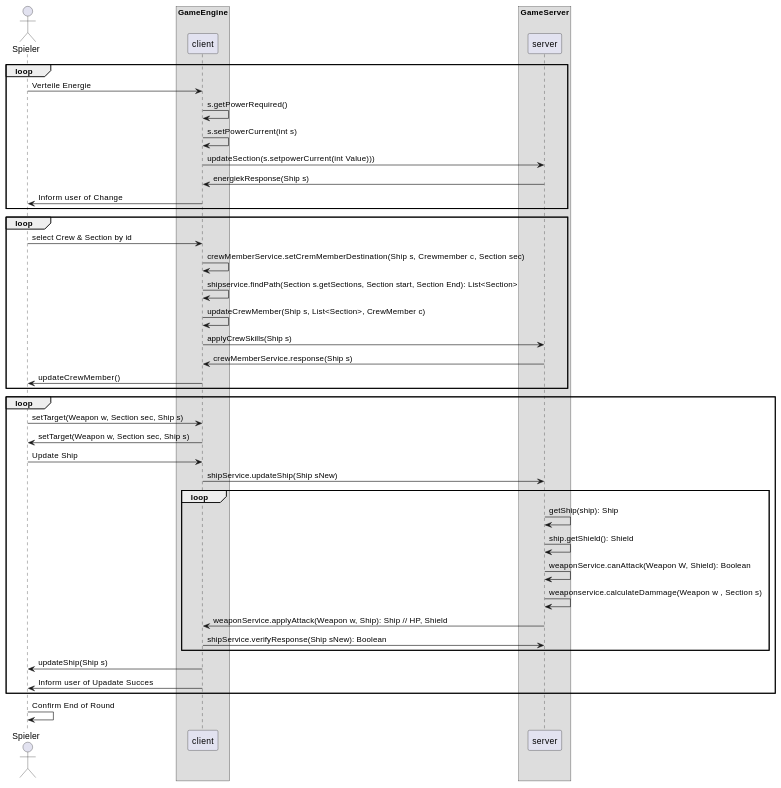
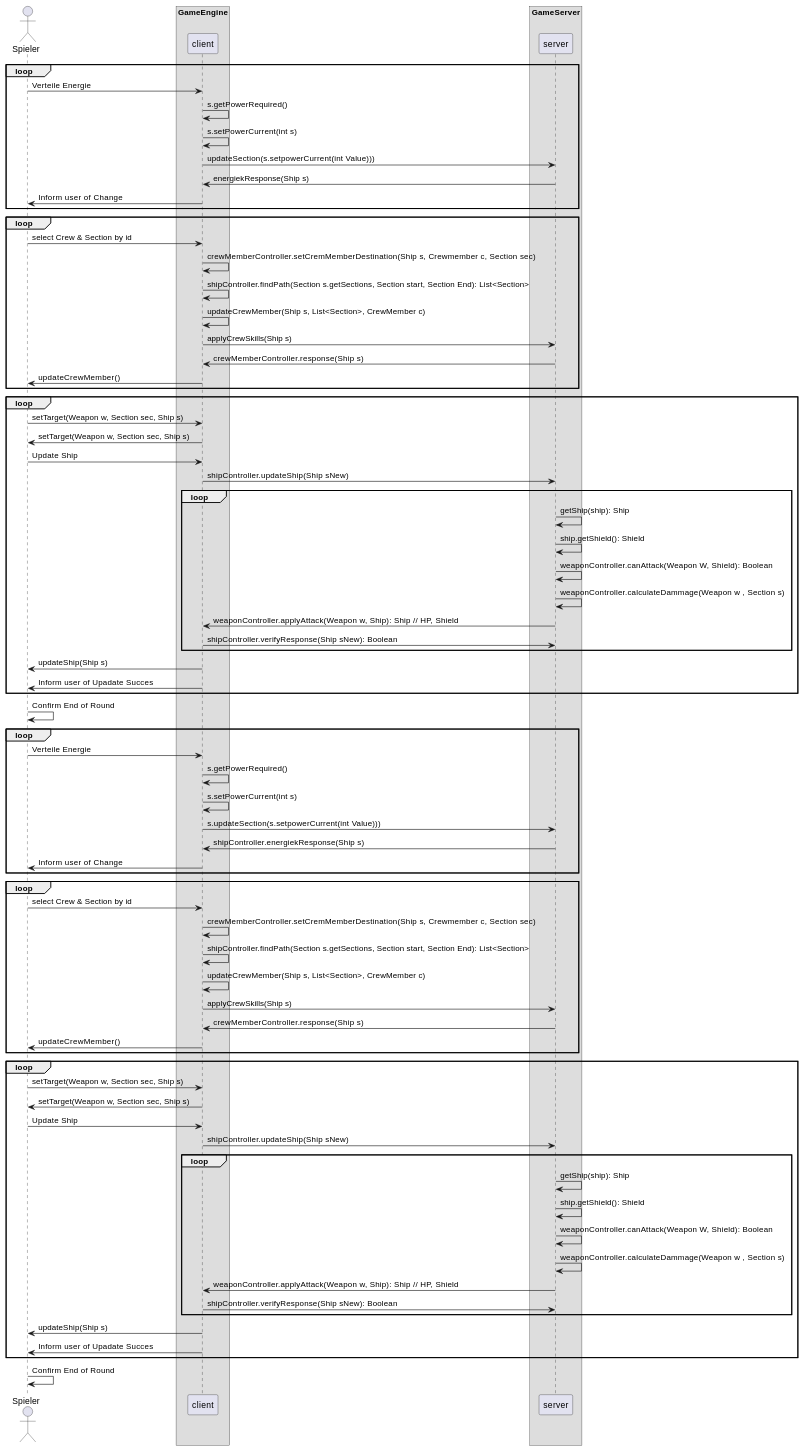
The first of 2 diagrams in docs/seq.org (ksreyr/SpaceStudio), drawn with PlantUML before and after one commit. The commit also changed 148 other files, not shown here.

```diff
--- a/docs/seq.org
+++ b/docs/seq.org
@@ -27,11 +27,11 @@
 
 loop
      user -> client: select Crew & Section by id
-     client -> client: crewMemberService.setCremMemberDestination(Ship s, Crewmember c, Section sec)
-     client -> client: shipservice.findPath(Section s.getSections, Section start, Section End): List<Section>
+     client -> client: crewMemberController.setCremMemberDestination(Ship s, Crewmember c, Section sec)
+     client -> client: shipController.findPath(Section s.getSections, Section start, Section End): List<Section>
      client -> client: updateCrewMember(Ship s, List<Section>, CrewMember c)
      client -> server: applyCrewSkills(Ship s)
-     server -> client: crewMemberService.response(Ship s)
+     server -> client: crewMemberController.response(Ship s)
      client -> user: updateCrewMember()
 end loop
 
@@ -40,14 +40,66 @@
     client -> user: setTarget(Weapon w, Section sec, Ship s)
 
 user -> client: Update Ship
-client -> server: shipService.updateShip(Ship sNew)
+client -> server: shipController.updateShip(Ship sNew)
     loop
          server -> server: getShip(ship): Ship
          server -> server: ship.getShield(): Shield
-         server -> server: weaponService.canAttack(Weapon W, Shield): Boolean
-         server -> server: weaponservice.calculateDammage(Weapon w , Section s)
-         server -> client: weaponService.applyAttack(Weapon w, Ship): Ship // HP, Shield
-         client -> server: shipService.verifyResponse(Ship sNew): Boolean
+         server -> server: weaponController.canAttack(Weapon W, Shield): Boolean
+         server -> server: weaponController.calculateDammage(Weapon w , Section s)
+         server -> client: weaponController.applyAttack(Weapon w, Ship): Ship // HP, Shield
+         client -> server: shipController.verifyResponse(Ship sNew): Boolean
+    end loop
+    client -> user: updateShip(Ship s)
+client -> user: Inform user of Upadate Succes
+end loop
+
+user -> user: Confirm End of Round
+actor Spieler as user
+participant client
+participant server
+
+box "GameEngine"
+  participant client
+end box
+
+box "GameServer"
+  participant server
+end box
+
+
+loop
+user -> client: Verteile Energie
+client -> client: s.getPowerRequired()
+client -> client: s.setPowerCurrent(int s)
+client -> server: s.updateSection(s.setpowerCurrent(int Value)))
+server -> client: shipController.energiekResponse(Ship s)
+client -> user: Inform user of Change
+
+end loop
+
+loop
+     user -> client: select Crew & Section by id
+     client -> client: crewMemberController.setCremMemberDestination(Ship s, Crewmember c, Section sec)
+     client -> client: shipController.findPath(Section s.getSections, Section start, Section End): List<Section>
+     client -> client: updateCrewMember(Ship s, List<Section>, CrewMember c)
+     client -> server: applyCrewSkills(Ship s)
+     server -> client: crewMemberController.response(Ship s)
+     client -> user: updateCrewMember()
+end loop
+
+loop
+    user -> client: setTarget(Weapon w, Section sec, Ship s)
+    client -> user: setTarget(Weapon w, Section sec, Ship s)
+
+user -> client: Update Ship
+client -> server: shipController.updateShip(Ship sNew)
+    loop
+         server -> server: getShip(ship): Ship
+         server -> server: ship.getShield(): Shield
+         server -> server: weaponController.canAttack(Weapon W, Shield): Boolean
+         server -> server: weaponController.calculateDammage(Weapon w , Section s)
+         server -> client: weaponController.applyAttack(Weapon w, Ship): Ship // HP, Shield
+         client -> server: shipController.verifyResponse(Ship sNew): Boolean
     end loop
     client -> user: updateShip(Ship s)
 client -> user: Inform user of Upadate Succes
@@ -55,5 +107,4 @@
 
 user -> user: Confirm End of Round
 
-
 #+END_SRC
```
